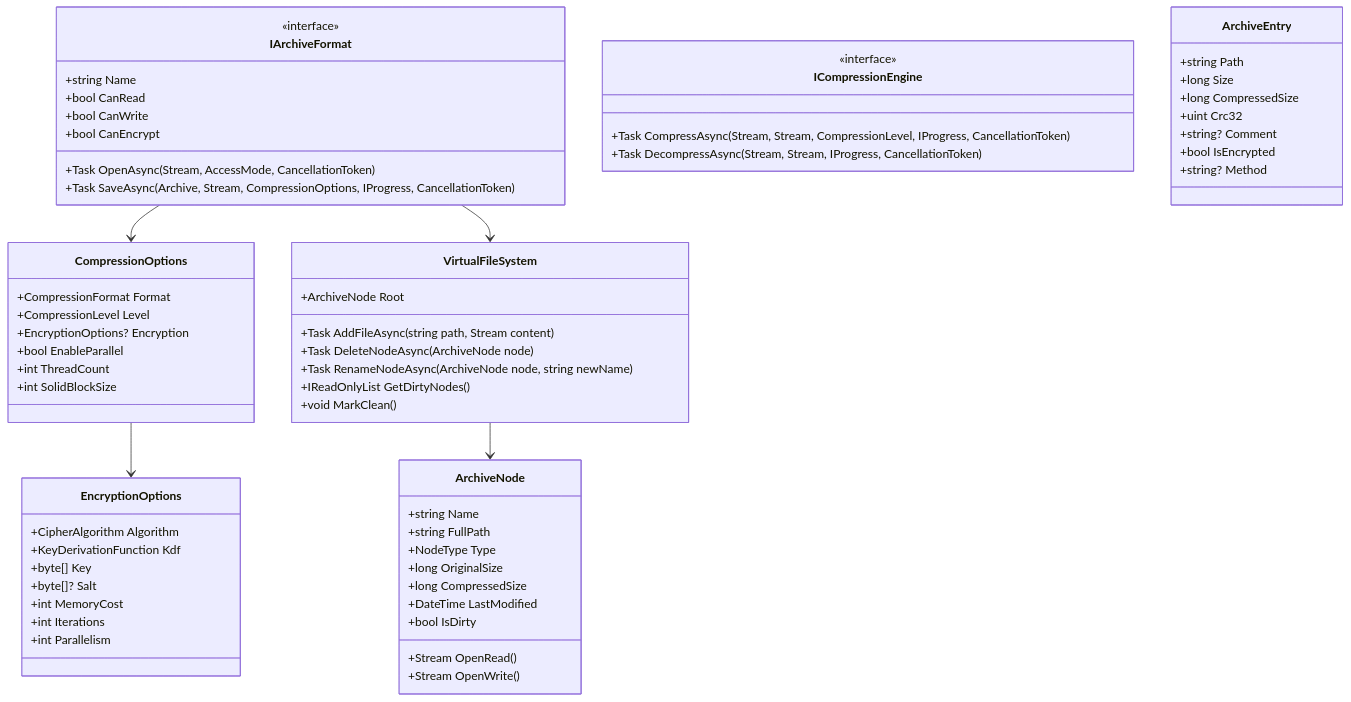
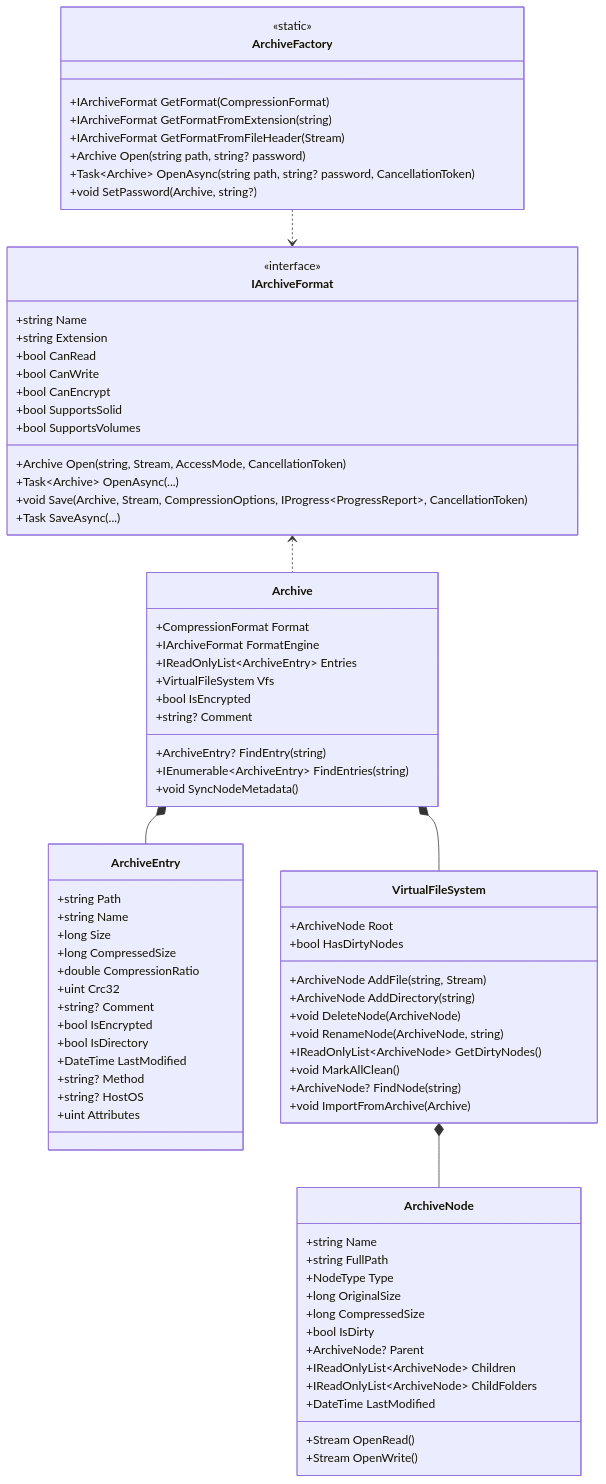
Before and after one commit to marcelofrau/arcana: the fourth of 10 diagrams in docs/ARCHITECTURE.md, drawn with Mermaid. The commit also changed other lines of this file and 19 other files, not shown here.

Commit message:
docs: rewrite full documentation suite (architecture, specs, roadmap, API, security, README)

````diff
--- a/docs/ARCHITECTURE.md
+++ b/docs/ARCHITECTURE.md
@@ -85,26 +109,67 @@
     class IArchiveFormat {
         <<interface>>
         +string Name
+        +string Extension
         +bool CanRead
         +bool CanWrite
         +bool CanEncrypt
-        +Task<Archive> OpenAsync(Stream, AccessMode, CancellationToken)
-        +Task SaveAsync(Archive, Stream, CompressionOptions, IProgress, CancellationToken)
+        +bool SupportsSolid
+        +bool SupportsVolumes
+        +Archive Open(string, Stream, AccessMode, CancellationToken)
+        +Task~Archive~ OpenAsync(...)
+        +void Save(Archive, Stream, CompressionOptions, IProgress~ProgressReport~, CancellationToken)
+        +Task SaveAsync(...)
     }
 
-    class ICompressionEngine {
-        <<interface>>
-        +Task CompressAsync(Stream, Stream, CompressionLevel, IProgress, CancellationToken)
-        +Task DecompressAsync(Stream, Stream, IProgress, CancellationToken)
+    class Archive {
+        +CompressionFormat Format
+        +IArchiveFormat FormatEngine
+        +IReadOnlyList~ArchiveEntry~ Entries
+        +VirtualFileSystem Vfs
+        +bool IsEncrypted
+        +string? Comment
+        +ArchiveEntry? FindEntry(string)
+        +IEnumerable~ArchiveEntry~ FindEntries(string)
+        +void SyncNodeMetadata()
+    }
+
+    class ArchiveEntry {
+        +string Path
+        +string Name
+        +long Size
+        +long CompressedSize
+        +double CompressionRatio
+        +uint Crc32
+        +string? Comment
+        +bool IsEncrypted
+        +bool IsDirectory
+        +DateTime LastModified
+        +string? Method
+        +string? HostOS
+        +uint Attributes
+    }
+
+    class ArchiveFactory {
+        <<static>>
+        +IArchiveFormat GetFormat(CompressionFormat)
+        +IArchiveFormat GetFormatFromExtension(string)
+        +IArchiveFormat GetFormatFromFileHeader(Stream)
+        +Archive Open(string path, string? password)
+        +Task~Archive~ OpenAsync(string path, string? password, CancellationToken)
+        +void SetPassword(Archive, string?)
     }
 
     class VirtualFileSystem {
         +ArchiveNode Root
-        +Task<ArchiveNode> AddFileAsync(string path, Stream content)
-        +Task DeleteNodeAsync(ArchiveNode node)
-        +Task RenameNodeAsync(ArchiveNode node, string newName)
-        +IReadOnlyList<ArchiveNode> GetDirtyNodes()
-        +void MarkClean()
+        +bool HasDirtyNodes
+        +ArchiveNode AddFile(string, Stream)
+        +ArchiveNode AddDirectory(string)
+        +void DeleteNode(ArchiveNode)
+        +void RenameNode(ArchiveNode, string)
+        +IReadOnlyList~ArchiveNode~ GetDirtyNodes()
+        +void MarkAllClean()
+        +ArchiveNode? FindNode(string)
+        +void ImportFromArchive(Archive)
     }
 
     class ArchiveNode {
@@ -113,43 +178,18 @@
         +NodeType Type
         +long OriginalSize
         +long CompressedSize
+        +bool IsDirty
+        +ArchiveNode? Parent
+        +IReadOnlyList~ArchiveNode~ Children
+        +IReadOnlyList~ArchiveNode~ ChildFolders
         +DateTime LastModified
-        +bool IsDirty
         +Stream OpenRead()
         +Stream OpenWrite()
     }
 
-    class ArchiveEntry {
-        +string Path
-        +long Size
-        +long CompressedSize
-        +uint Crc32
-        +string? Comment
-        +bool IsEncrypted
-        +string? Method
-    }
-
-    class CompressionOptions {
-        +CompressionFormat Format
-        +CompressionLevel Level
-        +EncryptionOptions? Encryption
-        +bool EnableParallel
-        +int ThreadCount
-        +int SolidBlockSize
-    }
-
-    class EncryptionOptions {
-        +CipherAlgorithm Algorithm
-        +KeyDerivationFunction Kdf
-        +byte[] Key
-        +byte[]? Salt
-        +int MemoryCost
-        +int Iterations
-        +int Parallelism
-    }
-
-    IArchiveFormat --> CompressionOptions
-    IArchiveFormat --> VirtualFileSystem
-    VirtualFileSystem --> ArchiveNode
-    CompressionOptions --> EncryptionOptions
+    IArchiveFormat <.. Archive
+    Archive *-- ArchiveEntry
+    Archive *-- VirtualFileSystem
+    VirtualFileSystem *-- ArchiveNode
+    ArchiveFactory ..> IArchiveFormat
 ```
````
